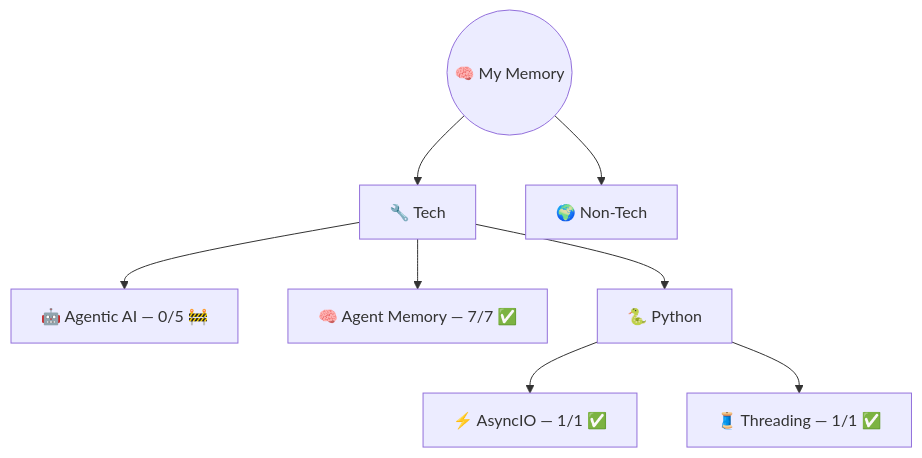
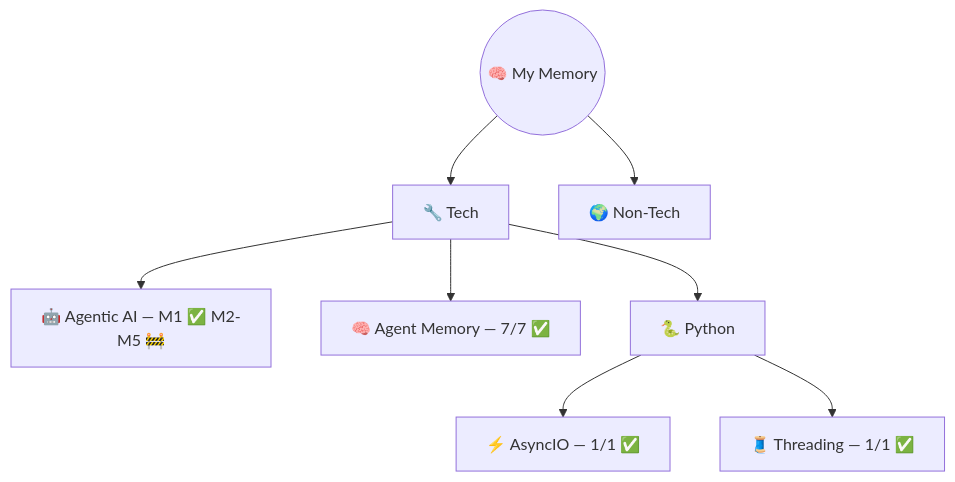
One commit to AyushSonuu/my-memory changed the diagram in README.md. Above: the diagram before and after it, drawn with Mermaid. The commit also changed other lines of this file and 28 other files, not shown here.

Commit message:
🗺️ tier-2 sync: maps, READMEs, weak-spots, timeline, due-today, docs rebuild

````diff
--- a/README.md
+++ b/README.md
@@ -23,12 +23,12 @@
 ```mermaid
 graph TB
     ROOT(("🧠 My Memory"))
     ROOT --> TECH["🔧 Tech"]
     ROOT --> NT["🌍 Non-Tech"]
     
-    TECH --> AG["🤖 Agentic AI — 0/5 🚧"]
+    TECH --> AG["🤖 Agentic AI — M1 ✅ M2-M5 🚧"]
     TECH --> AM["🧠 Agent Memory — 7/7 ✅"]
     TECH --> PY["🐍 Python"]
     PY --> AIO["⚡ AsyncIO — 1/1 ✅"]
     PY --> THR["🧵 Threading — 1/1 ✅"]
 ```
````
